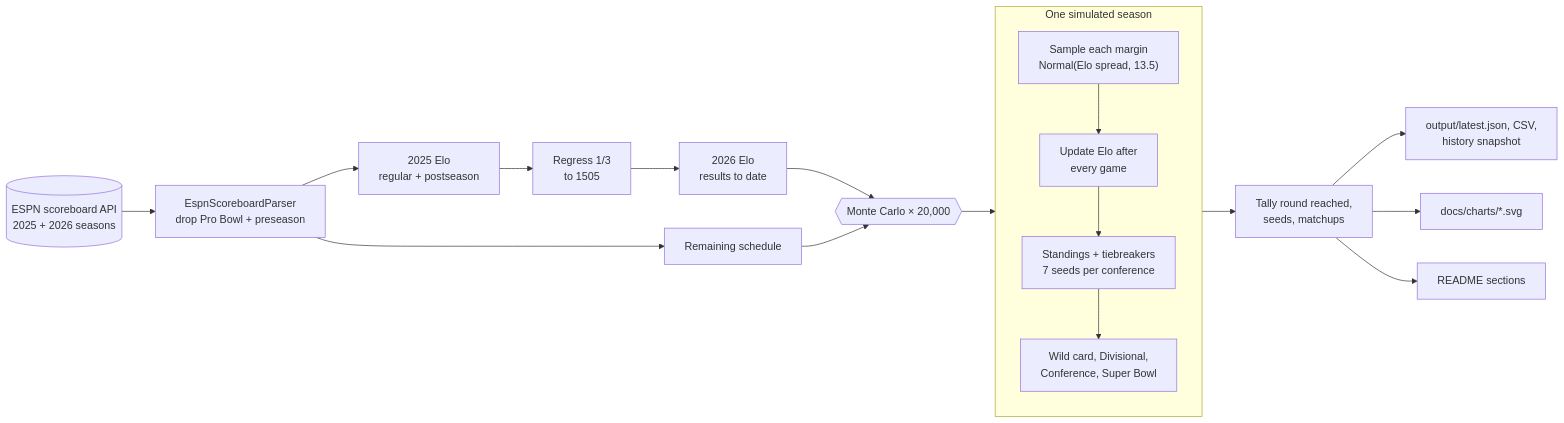
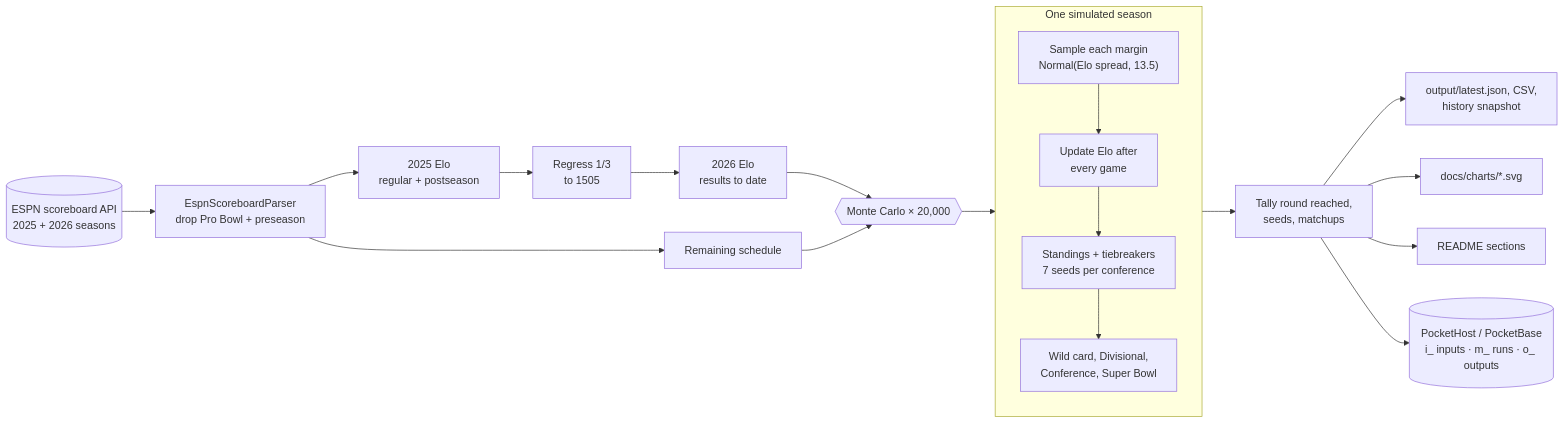
The second of 4 diagrams in README.md (brentmzey/nfl_superbowl_playoff_odds), drawn with Mermaid before and after one commit. The commit also changed other lines of this file and 15 other files, not shown here.

First line of the commit message:
feat: PocketHost/PocketBase sync with stepwise migrations and idempotent upserts (0.1.0-RC2)

````diff
--- a/README.md
+++ b/README.md
@@ -135,21 +135,22 @@
 ```mermaid
 flowchart LR
     ESPN[("ESPN scoreboard API<br/>2025 + 2026 seasons")] --> Parse["EspnScoreboardParser<br/>drop Pro Bowl + preseason"]
     Parse --> Prior["2025 Elo<br/>regular + postseason"]
     Prior --> Regress["Regress 1/3<br/>to 1505"]
     Regress --> Current["2026 Elo<br/>results to date"]
     Current --> MC{{"Monte Carlo × 20,000"}}
     Parse --> Sched[Remaining schedule]
     Sched --> MC
     subgraph Run["One simulated season"]
         direction TB
         G["Sample each margin<br/>Normal(Elo spread, 13.5)"] --> U["Update Elo after<br/>every game"]
         U --> S["Standings + tiebreakers<br/>7 seeds per conference"]
         S --> P["Wild card, Divisional,<br/>Conference, Super Bowl"]
     end
     MC --> Run
     Run --> Agg["Tally round reached,<br/>seeds, matchups"]
     Agg --> Out["output/latest.json, CSV,<br/>history snapshot"]
     Agg --> Charts["docs/charts/*.svg"]
     Agg --> Readme["README sections"]
+    Agg --> PB[("PocketHost / PocketBase<br/>i_ inputs · m_ runs · o_ outputs")]
 ```
````
